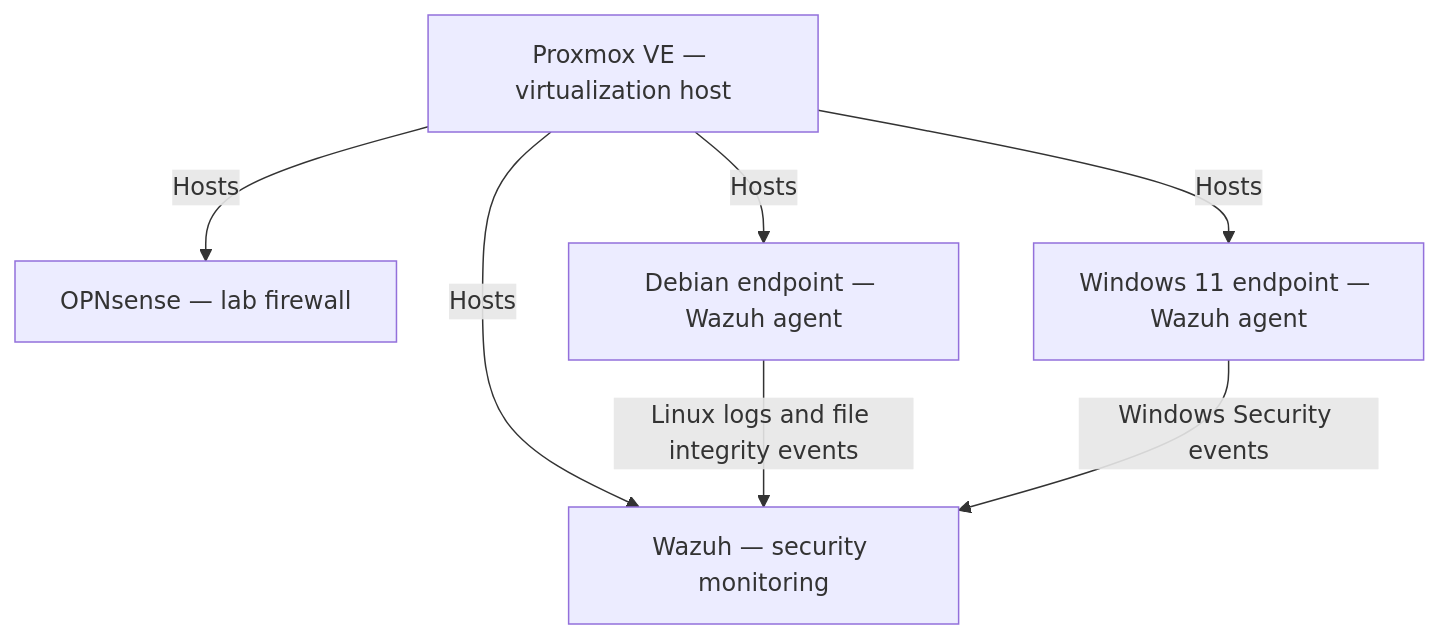
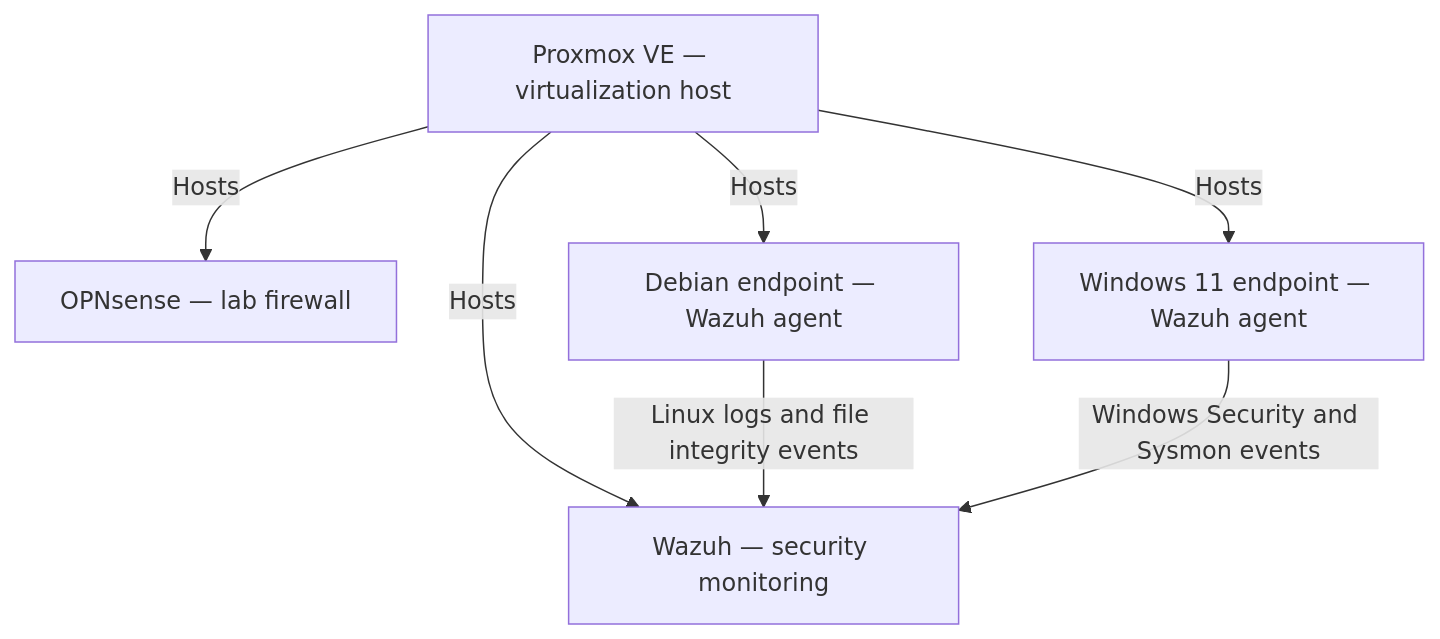
The diagram in README.md (mcuas7/proxmox-soc-homelab), drawn with Mermaid before and after one commit. The commit also changed other lines of this file and 26 other files, not shown here.

````diff
--- a/README.md
+++ b/README.md
@@ -25,15 +25,15 @@
 ```mermaid
 flowchart TB
     P["Proxmox VE — virtualization host"]
     O["OPNsense — lab firewall"]
     W["Wazuh — security monitoring"]
     D["Debian endpoint — Wazuh agent"]
     E["Windows 11 endpoint — Wazuh agent"]
 
     P -->|Hosts| O
     P -->|Hosts| W
     P -->|Hosts| D
     P -->|Hosts| E
     D -->|Linux logs and file integrity events| W
-    E -->|Windows Security events| W
+    E -->|Windows Security and Sysmon events| W
 ```
````
